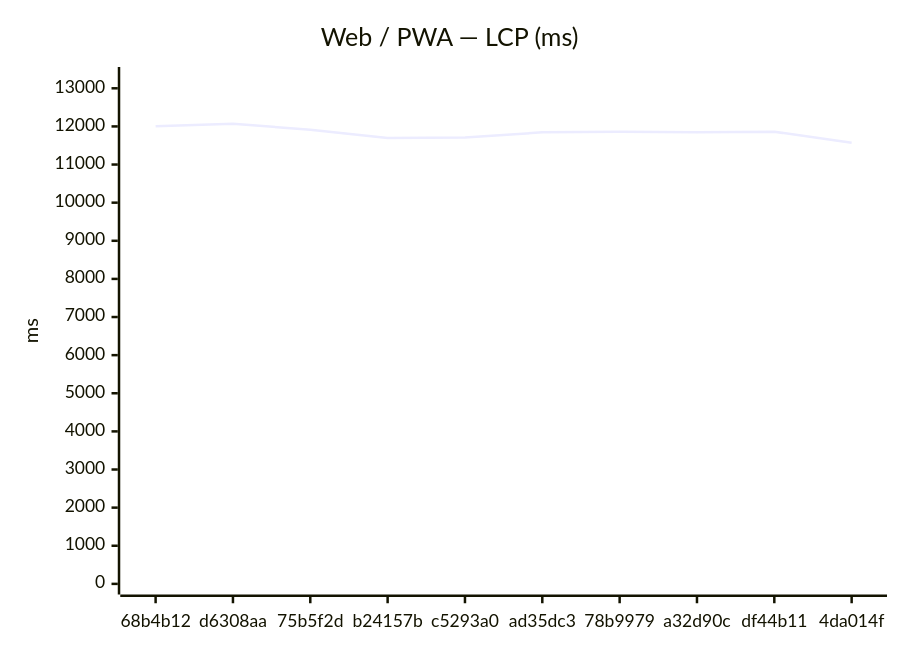
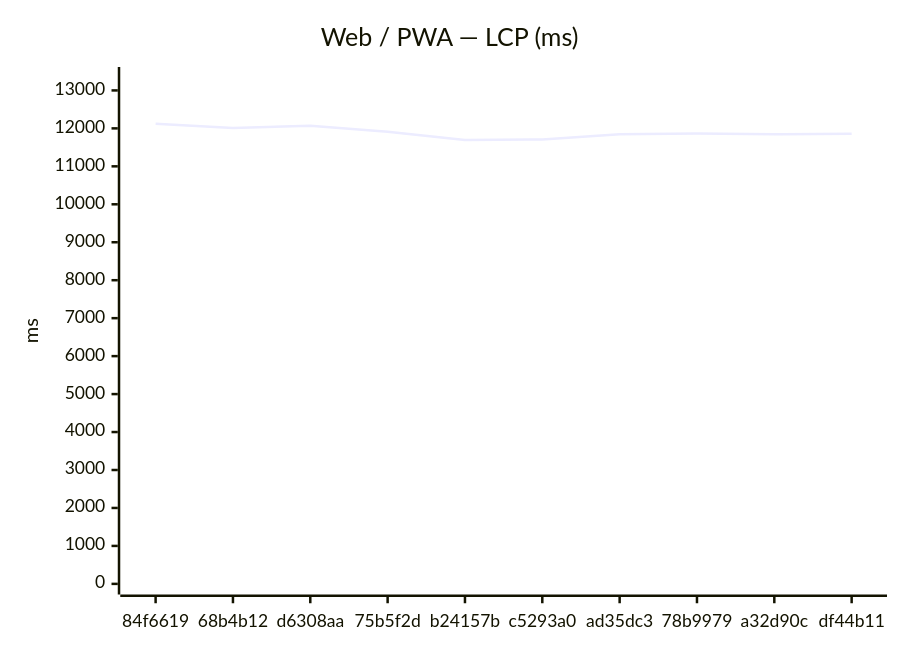
Before and after one commit to Metaheurist/Rianell: the first of 18 diagrams in benchmarks/compare.md, drawn with Mermaid. The commit also changed other lines of this file and 12 other files, not shown here.

````diff
--- a/benchmarks/compare.md
+++ b/benchmarks/compare.md
@@ -24,7 +24,7 @@
 ```mermaid
 xychart-beta
     title "Web / PWA — LCP (ms)"
-    x-axis ["68b4b12", "d6308aa", "75b5f2d", "b24157b", "c5293a0", "ad35dc3", "78b9979", "a32d90c", "df44b11", "4da014f"]
-    y-axis "ms" 0 --> 13280
-    line [12007, 12072, 11911, 11695, 11707, 11844, 11862, 11845, 11860, 11572]
+    x-axis ["84f6619", "68b4b12", "d6308aa", "75b5f2d", "b24157b", "c5293a0", "ad35dc3", "78b9979", "a32d90c", "df44b11"]
+    y-axis "ms" 0 --> 13337
+    line [12124, 12007, 12072, 11911, 11695, 11707, 11844, 11862, 11845, 11860]
 ```
````
